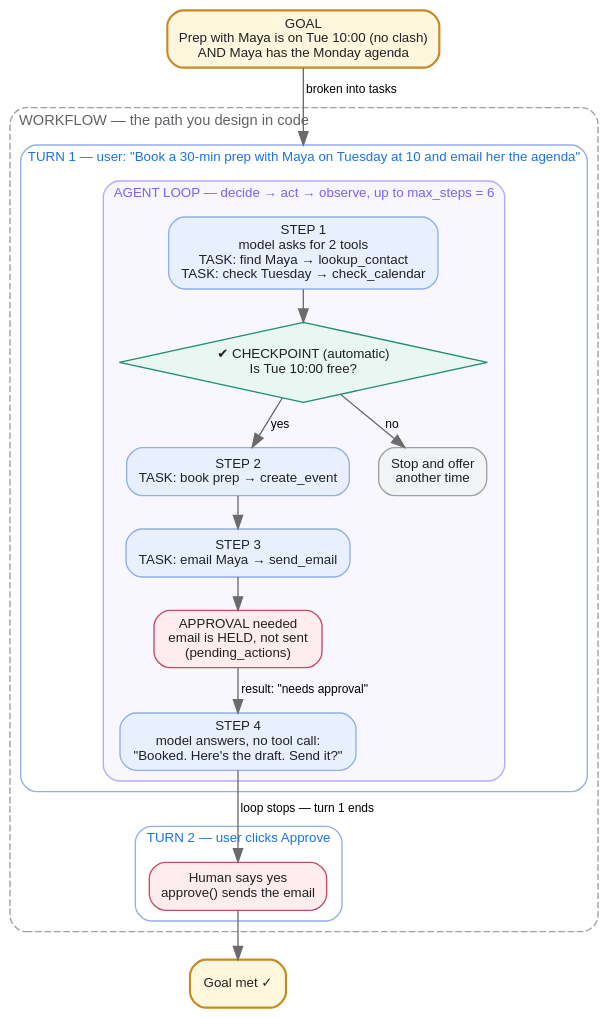
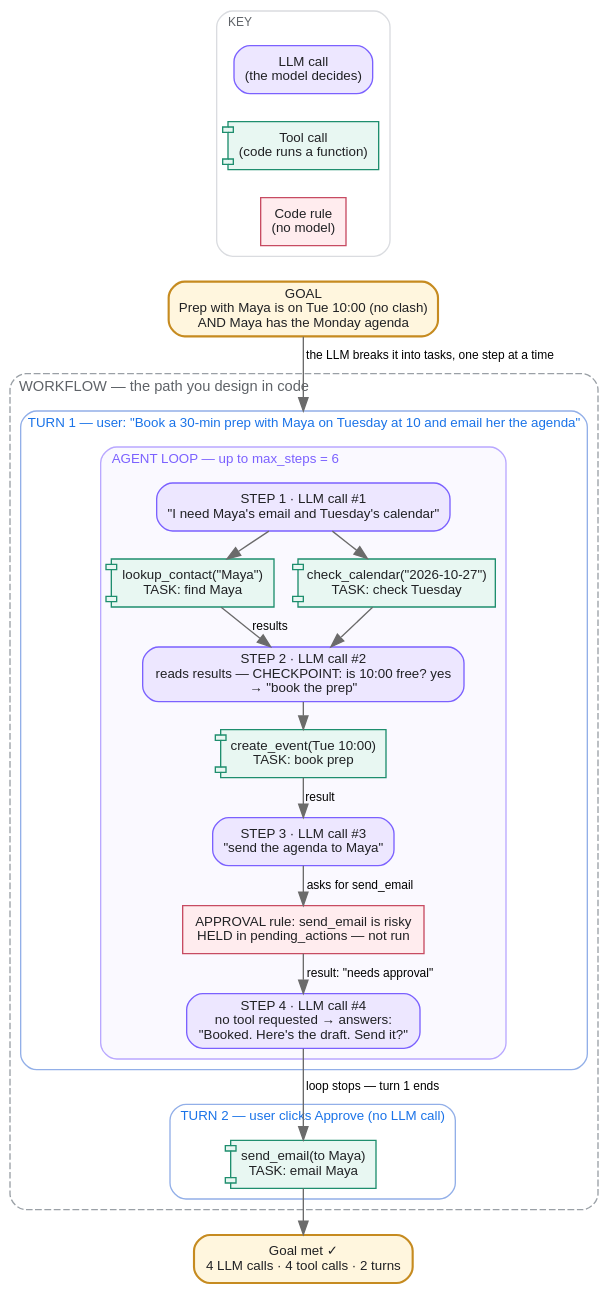
The diagram in knowledge_base/week-05-agent-engineering/concepts.md (lngsa1234/my-llm-playground), drawn with Graphviz before and after one commit. The commit also changed other lines of this file, not shown here.

Commit message:
Week 5 diagram: separate LLM calls, tool calls and code rules; count 4 LLM calls and 4 tool calls
Claude-Session: https://claude.ai/code/session_019wvSArpBDV4BKTwyHDiBpq

````diff
--- a/knowledge_base/week-05-agent-engineering/concepts.md
+++ b/knowledge_base/week-05-agent-engineering/concepts.md
@@ -17,50 +17,63 @@
 ```graphviz
 digraph week5_example {
-  rankdir=TB; bgcolor="transparent"; nodesep=.3; ranksep=.32; compound=true;
-  node [shape=box style="rounded,filled" fontname="Arial" fontsize=10 fontcolor="#202124" margin=".14,.07"];
+  rankdir=TB; bgcolor="transparent"; nodesep=.25; ranksep=.28; compound=true;
+  node [fontname="Arial" fontsize=10 fontcolor="#202124" margin=".12,.06"];
   edge [fontname="Arial" fontsize=9 color="#6B6B6B"];
 
-  goal [label="GOAL\nPrep with Maya is on Tue 10:00 (no clash)\nAND Maya has the Monday agenda" fillcolor="#FFF6DE" color="#C68B20" penwidth=1.6];
+  subgraph cluster_legend {
+    label="KEY"; labeljust=l; fontname="Arial"; fontsize=9; fontcolor="#5F6368"; style="rounded"; color="#DADCE0";
+    k_llm [label="LLM call\n(the model decides)" shape=box style="rounded,filled" fillcolor="#EDE7FF" color="#7B61FF"];
+    k_tool [label="Tool call\n(code runs a function)" shape=component style="filled" fillcolor="#E8F7F2" color="#1E8E6E"];
+    k_code [label="Code rule\n(no model)" shape=box style="filled" fillcolor="#FFECEE" color="#C74B62"];
+    k_llm -> k_tool -> k_code [style=invis];
+  }
+
+  goal [label="GOAL\nPrep with Maya is on Tue 10:00 (no clash)\nAND Maya has the Monday agenda" shape=box style="rounded,filled" fillcolor="#FFF6DE" color="#C68B20" penwidth=1.6];
+  k_code -> goal [style=invis];
 
   subgraph cluster_workflow {
     label="WORKFLOW — the path you design in code"; labeljust=l; fontname="Arial"; fontsize=11; fontcolor="#5F6368";
     style="rounded,dashed"; color="#9AA0A6";
 
     subgraph cluster_turn1 {
       label="TURN 1 — user: \"Book a 30-min prep with Maya on Tuesday at 10 and email her the agenda\""; labeljust=l;
       fontname="Arial"; fontsize=10; fontcolor="#1A73E8"; style="rounded"; color="#92AFE8";
 
       subgraph cluster_loop {
-        label="AGENT LOOP — decide → act → observe, up to max_steps = 6"; labeljust=l;
-        fontname="Arial"; fontsize=10; fontcolor="#7B61FF"; style="rounded,filled"; fillcolor="#F8F6FF"; color="#B9A8FF";
+        label="AGENT LOOP — up to max_steps = 6"; labeljust=l;
+        fontname="Arial"; fontsize=10; fontcolor="#7B61FF"; style="rounded,filled"; fillcolor="#FAF9FF"; color="#B9A8FF";
 
-        s1 [label="STEP 1\nmodel asks for 2 tools\nTASK: find Maya → lookup_contact\nTASK: check Tuesday → check_calendar" fillcolor="#E8F0FF" color="#92AFE8"];
-        cp [label="✔ CHECKPOINT (automatic)\nIs Tue 10:00 free?" shape=diamond style="filled" fillcolor="#E8F7F2" color="#1E8E6E" margin=".05,.05"];
-        s2 [label="STEP 2\nTASK: book prep → create_event" fillcolor="#E8F0FF" color="#92AFE8"];
-        s3 [label="STEP 3\nTASK: email Maya → send_email" fillcolor="#E8F0FF" color="#92AFE8"];
-        hold [label="APPROVAL needed\nemail is HELD, not sent\n(pending_actions)" fillcolor="#FFECEE" color="#C74B62"];
-        s4 [label="STEP 4\nmodel answers, no tool call:\n\"Booked. Here's the draft. Send it?\"" fillcolor="#E8F0FF" color="#92AFE8"];
-        busy [label="Stop and offer\nanother time" fillcolor="#F1F3F4" color="#9AA0A6"];
+        l1 [label="STEP 1 · LLM call #1\n\"I need Maya's email and Tuesday's calendar\"" shape=box style="rounded,filled" fillcolor="#EDE7FF" color="#7B61FF"];
+        t1a [label="lookup_contact(\"Maya\")\nTASK: find Maya" shape=component style="filled" fillcolor="#E8F7F2" color="#1E8E6E"];
+        t1b [label="check_calendar(\"2026-10-27\")\nTASK: check Tuesday" shape=component style="filled" fillcolor="#E8F7F2" color="#1E8E6E"];
+
+        l2 [label="STEP 2 · LLM call #2\nreads results — CHECKPOINT: is 10:00 free? yes\n→ \"book the prep\"" shape=box style="rounded,filled" fillcolor="#EDE7FF" color="#7B61FF"];
+        t2 [label="create_event(Tue 10:00)\nTASK: book prep" shape=component style="filled" fillcolor="#E8F7F2" color="#1E8E6E"];
+
+        l3 [label="STEP 3 · LLM call #3\n\"send the agenda to Maya\"" shape=box style="rounded,filled" fillcolor="#EDE7FF" color="#7B61FF"];
+        hold [label="APPROVAL rule: send_email is risky\nHELD in pending_actions — not run" shape=box style="filled" fillcolor="#FFECEE" color="#C74B62"];
+
+        l4 [label="STEP 4 · LLM call #4\nno tool requested → answers:\n\"Booked. Here's the draft. Send it?\"" shape=box style="rounded,filled" fillcolor="#EDE7FF" color="#7B61FF"];
       }
     }
 
     subgraph cluster_turn2 {
-      label="TURN 2 — user clicks Approve"; labeljust=l; fontname="Arial"; fontsize=10; fontcolor="#1A73E8";
+      label="TURN 2 — user clicks Approve (no LLM call)"; labeljust=l; fontname="Arial"; fontsize=10; fontcolor="#1A73E8";
       style="rounded"; color="#92AFE8";
-      approve [label="Human says yes\napprove() sends the email" fillcolor="#FFECEE" color="#C74B62"];
+      t5 [label="send_email(to Maya)\nTASK: email Maya" shape=component style="filled" fillcolor="#E8F7F2" color="#1E8E6E"];
     }
   }
 
-  done [label="Goal met ✓" fillcolor="#FFF6DE" color="#C68B20" penwidth=1.6];
+  done [label="Goal met ✓\n4 LLM calls · 4 tool calls · 2 turns" shape=box style="rounded,filled" fillcolor="#FFF6DE" color="#C68B20" penwidth=1.6];
 
-  goal -> s1 [lhead=cluster_turn1 label=" broken into tasks"];
-  s1 -> cp;
-  cp -> s2 [label=" yes"];
-  cp -> busy [label=" no"];
-  s2 -> s3;
-  s3 -> hold;
-  hold -> s4 [label=" result: \"needs approval\""];
-  s4 -> approve [label=" loop stops — turn 1 ends"];
-  approve -> done;
+  goal -> l1 [lhead=cluster_turn1 label=" the LLM breaks it into tasks, one step at a time"];
+  l1 -> t1a; l1 -> t1b;
+  t1a -> l2 [label=" results"]; t1b -> l2;
+  l2 -> t2;
+  t2 -> l3 [label=" result"];
+  l3 -> hold [label=" asks for send_email"];
+  hold -> l4 [label=" result: \"needs approval\""];
+  l4 -> t5 [label=" loop stops — turn 1 ends"];
+  t5 -> done;
 }
 ```
````
